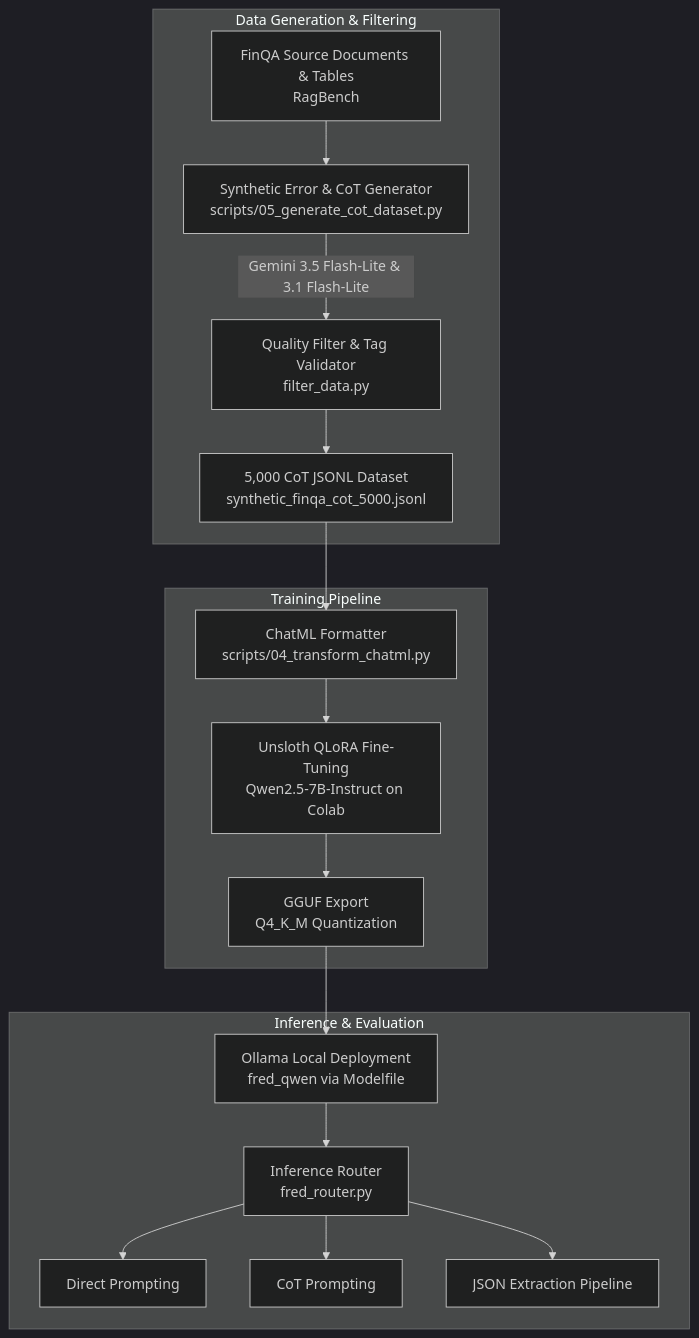
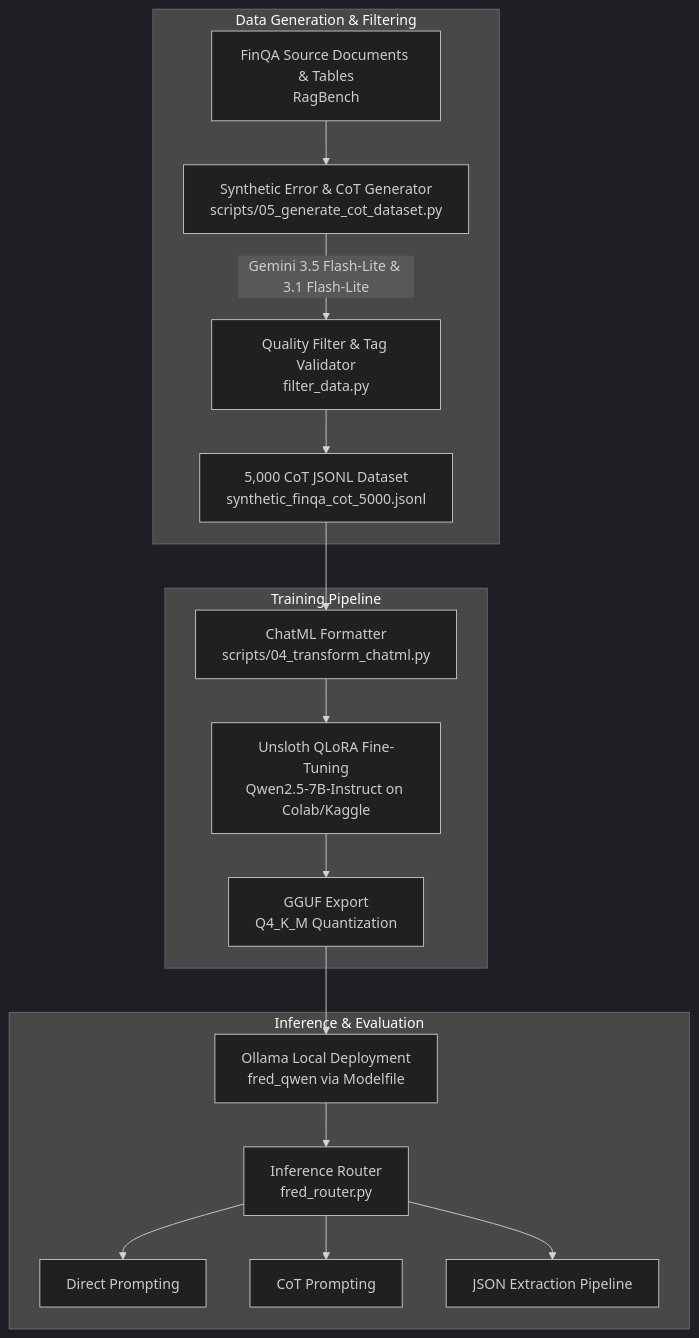
Before and after one commit to Akash-Purbhi/FRED-Financial-Retrieval-Enhanced-Detection-and-Editing-of-Hallucinations-in-Language-Models: the diagram in README.md, drawn with Mermaid (dark theme). The commit also changed other lines of this file, not shown here.

Commit message:
Revise training pipeline and repository structure in README
Updated README.md to reflect changes in the training pipeline and repository structure.

````diff
--- a/README.md
+++ b/README.md
@@ -68,22 +68,22 @@
 ```mermaid
 flowchart TD
     subgraph Data Generation & Filtering
         A[FinQA Source Documents & Tables\nRagBench] --> B[Synthetic Error & CoT Generator\nscripts/05_generate_cot_dataset.py]
         B -->|Gemini 3.5 Flash-Lite & 3.1 Flash-Lite| C[Quality Filter & Tag Validator\nfilter_data.py]
         C --> D[5,000 CoT JSONL Dataset\nsynthetic_finqa_cot_5000.jsonl]
     end
 
     subgraph Training Pipeline
         D --> E[ChatML Formatter\nscripts/04_transform_chatml.py]
-        E --> F[Unsloth QLoRA Fine-Tuning\nQwen2.5-7B-Instruct on Colab]
+        E --> F[Unsloth QLoRA Fine-Tuning\nQwen2.5-7B-Instruct on Colab/Kaggle]
         F --> G[GGUF Export\nQ4_K_M Quantization]
     end
 
     subgraph Inference & Evaluation
         G --> H[Ollama Local Deployment\nfred_qwen via Modelfile]
         H --> I[Inference Router\nfred_router.py]
         I --> J1[Direct Prompting]
         I --> J2[CoT Prompting]
         I --> J3[JSON Extraction Pipeline]
     end
 ```
````
